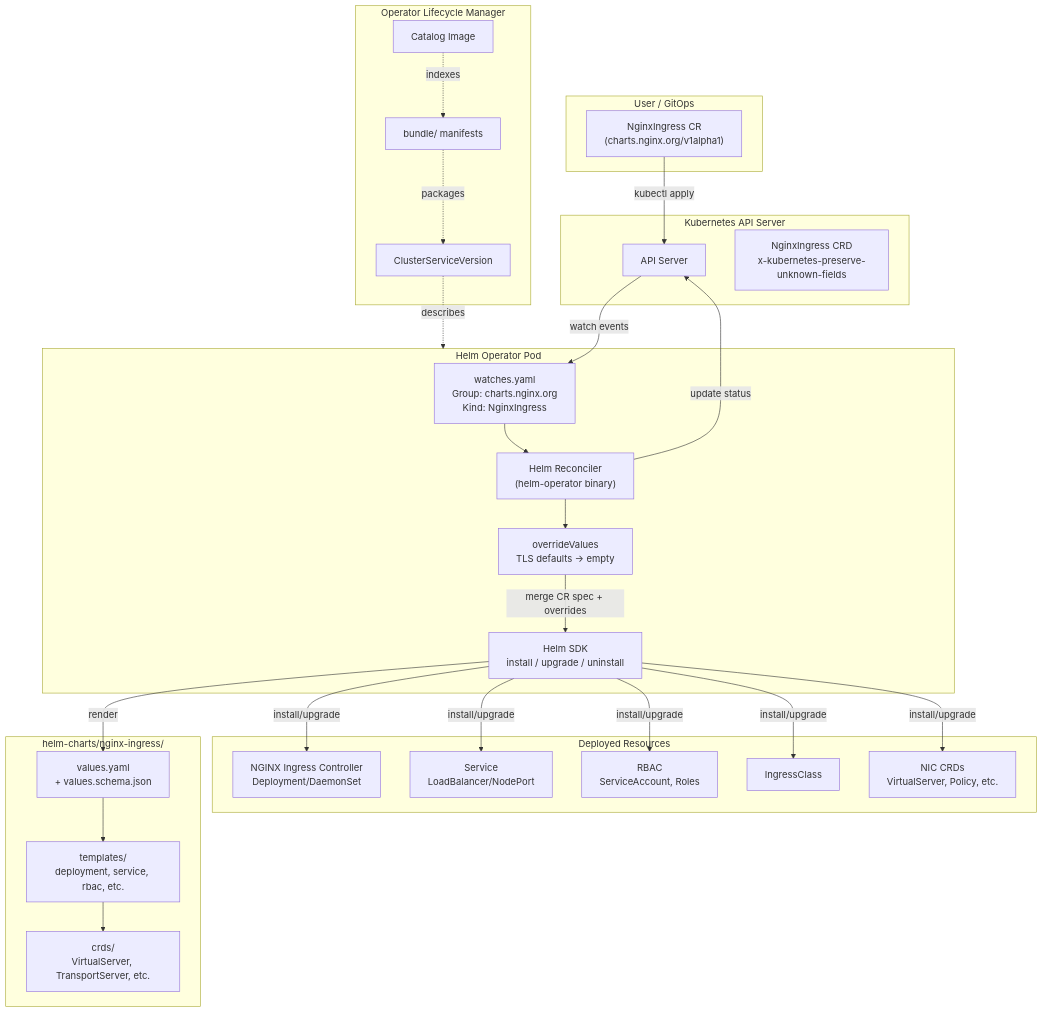
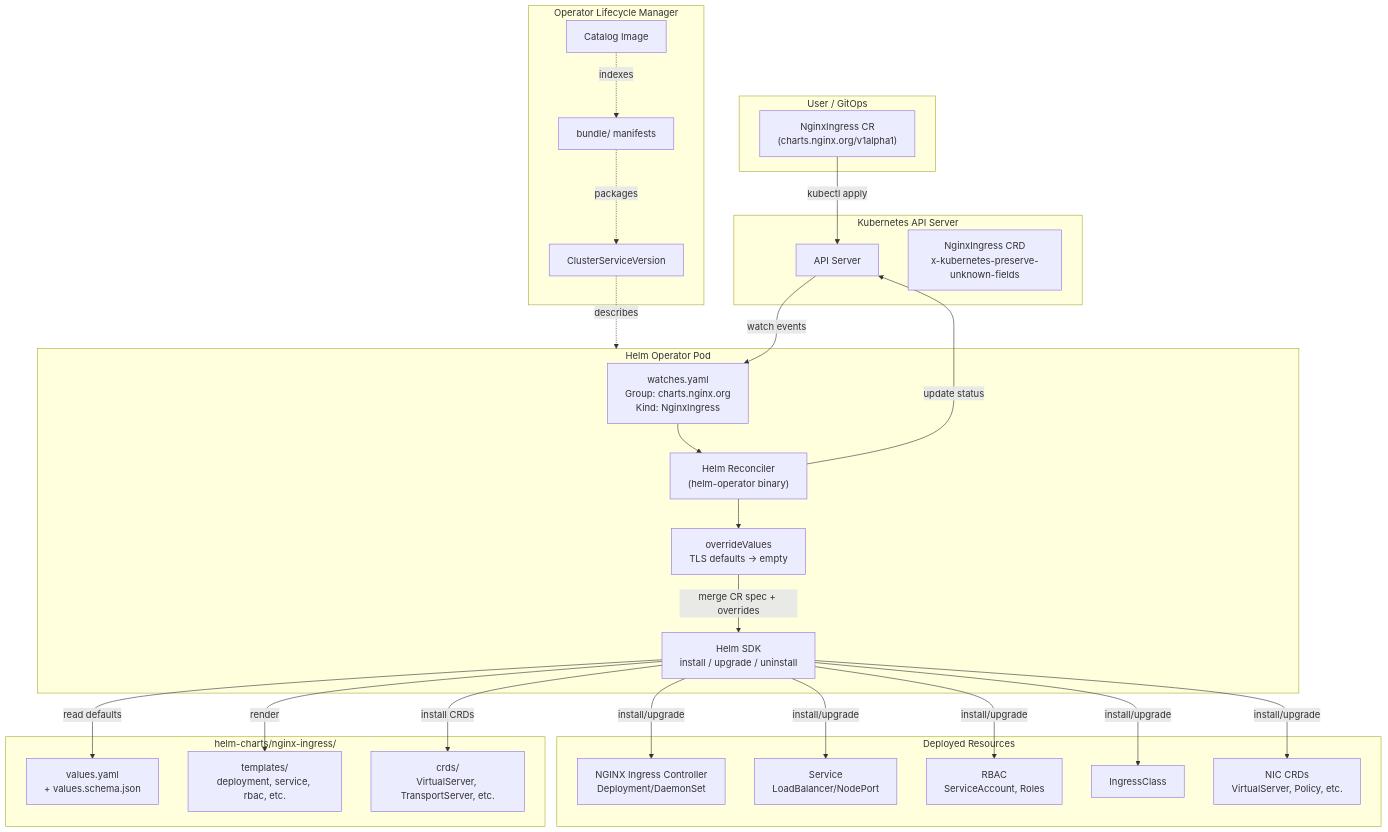
The diagram in .github/skills/nic-operator-architecture/SKILL.md (nginx/nginx-ingress-helm-operator), drawn with Mermaid before and after one commit. The commit also changed 3 other files, not shown here.

````diff
--- a/.github/skills/nic-operator-architecture/SKILL.md
+++ b/.github/skills/nic-operator-architecture/SKILL.md
@@ -10,57 +10,57 @@
 ```mermaid
 flowchart TB
     subgraph User["User / GitOps"]
         CR["NginxIngress CR<br/>(charts.nginx.org/v1alpha1)"]
     end
 
     subgraph KubeAPI["Kubernetes API Server"]
         API["API Server"]
         CRD["NginxIngress CRD<br/>x-kubernetes-preserve-unknown-fields"]
     end
 
     subgraph Operator["Helm Operator Pod"]
         WATCH["watches.yaml<br/>Group: charts.nginx.org<br/>Kind: NginxIngress"]
         RECONCILER["Helm Reconciler<br/>(helm-operator binary)"]
         OVERRIDE["overrideValues<br/>TLS defaults → empty"]
         HELM["Helm SDK<br/>install / upgrade / uninstall"]
     end
 
     subgraph HelmChart["helm-charts/nginx-ingress/"]
         VALUES["values.yaml<br/>+ values.schema.json"]
         TEMPLATES["templates/<br/>deployment, service, rbac, etc."]
         CRDS["crds/<br/>VirtualServer, TransportServer, etc."]
     end
 
     subgraph Deployed["Deployed Resources"]
         NIC["NGINX Ingress Controller<br/>Deployment/DaemonSet"]
         SVC["Service<br/>LoadBalancer/NodePort"]
         RBAC_R["RBAC<br/>ServiceAccount, Roles"]
         IC["IngressClass"]
         NIC_CRDS["NIC CRDs<br/>VirtualServer, Policy, etc."]
     end
 
     subgraph OLM["Operator Lifecycle Manager"]
         CSV["ClusterServiceVersion"]
         BUNDLE["bundle/ manifests"]
         CATALOG["Catalog Image"]
     end
 
     CR -->|kubectl apply| API
     API -->|watch events| WATCH
     WATCH --> RECONCILER
     RECONCILER --> OVERRIDE
     OVERRIDE -->|merge CR spec + overrides| HELM
-    HELM -->|render| VALUES
-    VALUES --> TEMPLATES
-    TEMPLATES --> CRDS
+    HELM -->|read defaults| VALUES
+    HELM -->|render| TEMPLATES
+    HELM -->|install CRDs| CRDS
     HELM -->|install/upgrade| NIC
     HELM -->|install/upgrade| SVC
     HELM -->|install/upgrade| RBAC_R
     HELM -->|install/upgrade| IC
     HELM -->|install/upgrade| NIC_CRDS
     RECONCILER -->|update status| API
 
     CSV -.->|describes| Operator
     BUNDLE -.->|packages| CSV
     CATALOG -.->|indexes| BUNDLE
 ```
````
